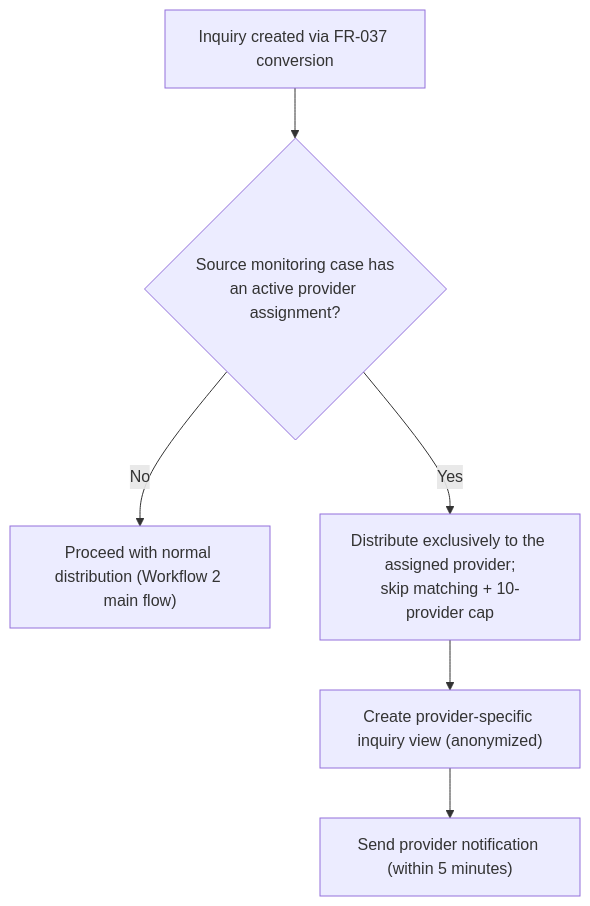
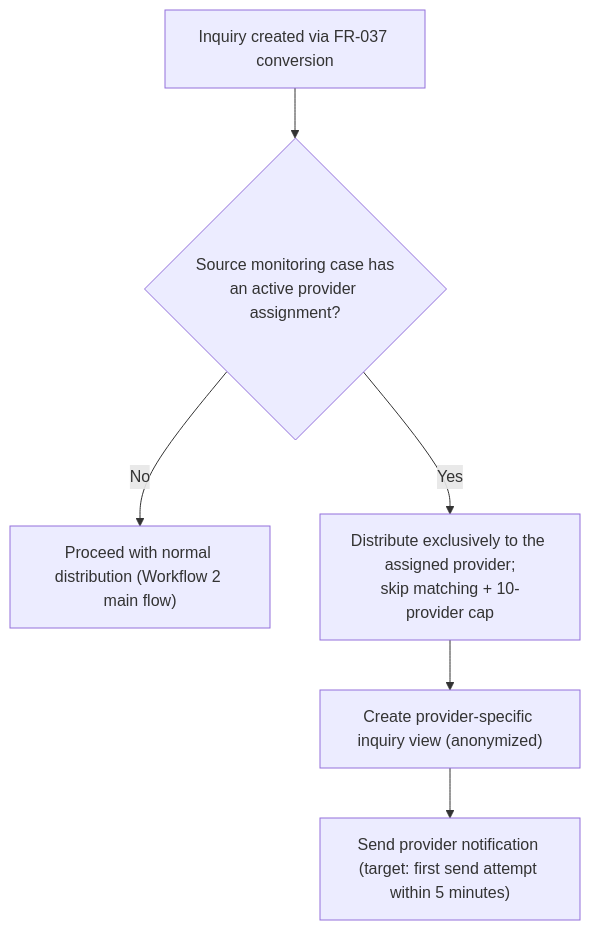
The ninth of 15 diagrams in project-requirements/functional-requirements/fr003-inquiry-submission/prd.md (joachimtrungtuan/hairline-pm-docs), drawn with Mermaid before and after one commit. The commit also changed other lines of this file and 5 other files, not shown here.

Commit message:
docs(fr001,fr002,fr003): settle cross-FR neighbour rows in PRDs and graph

````diff
--- a/project-requirements/functional-requirements/fr003-inquiry-submission/prd.md
+++ b/project-requirements/functional-requirements/fr003-inquiry-submission/prd.md
@@ -257,8 +257,8 @@
 ```mermaid
 flowchart TD
     Start["Inquiry created via FR-037 conversion"] --> Check{"Source monitoring case has<br/>an active provider assignment?"}
     Check -->|No| Normal["Proceed with normal distribution (Workflow 2 main flow)"]
     Check -->|Yes| Exclusive["Distribute exclusively to the assigned provider;<br/>skip matching + 10-provider cap"]
     Exclusive --> Views["Create provider-specific inquiry view (anonymized)"]
-    Views --> Notify["Send provider notification (within 5 minutes)"]
+    Views --> Notify["Send provider notification (target: first send attempt within 5 minutes)"]
 ```
````
